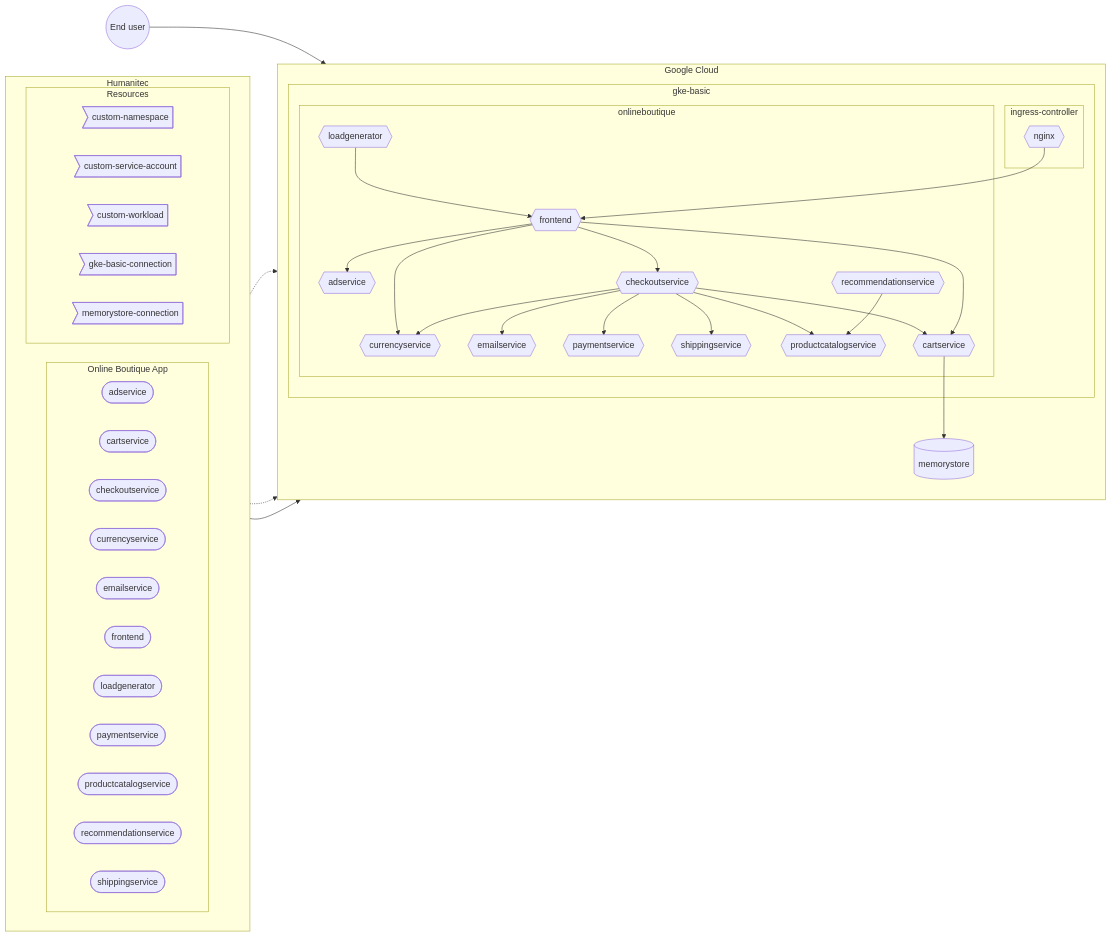
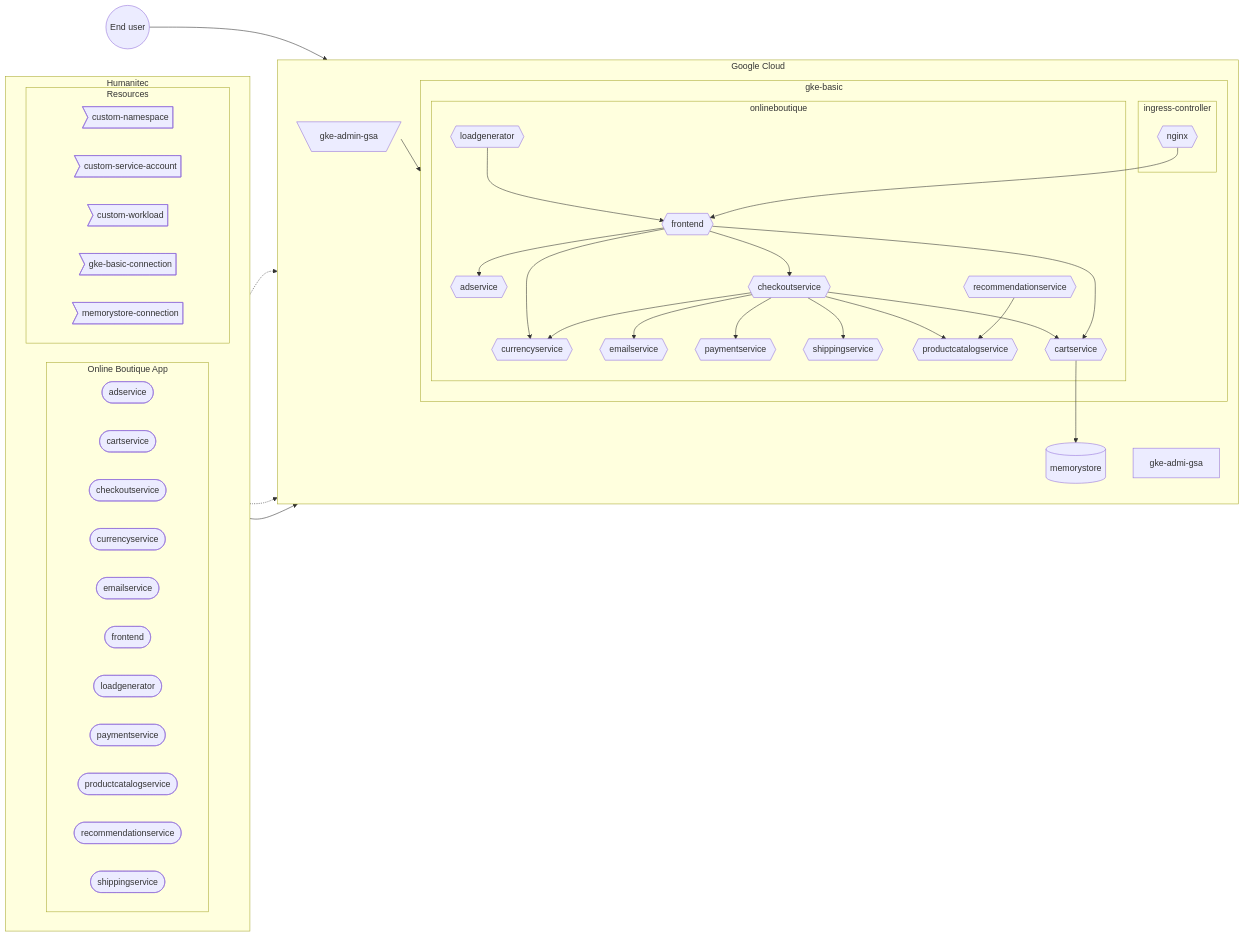
Before and after one commit to mathieu-benoit/hello-humanitec: the diagram in docs/gke-basic.md, drawn with Mermaid. The commit also changed 1 other file, not shown here.

Commit message:
gke-admin-gsa in graphs

````diff
--- a/docs/gke-basic.md
+++ b/docs/gke-basic.md
@@ -14,55 +14,57 @@
 ```mermaid
 flowchart LR
   subgraph Humanitec
     direction LR
     subgraph onlineboutique-app [Online Boutique App]
       direction LR
       adservice-workload([adservice])
       cartservice-workload([cartservice])
       checkoutservice-workload([checkoutservice])
       currencyservice-workload([currencyservice])
       emailservice-workload([emailservice])
       frontend-workload([frontend])
       loadgenerator-workload([loadgenerator])
       paymentservice-workload([paymentservice])
       productcatalogservice-workload([productcatalogservice])
       recommendationservice-workload([recommendationservice])
       shippingservice-workload([shippingservice])
     end
     subgraph Resources
         custom-namespace>custom-namespace]
         custom-service-account>custom-service-account]
         custom-workload>custom-workload]
         gke-basic-connection>gke-basic-connection]
         memorystore-connection>memorystore-connection]
     end
   end
   subgraph Google Cloud
     direction TB
     subgraph gke-basic
         subgraph ingress-controller
             nginx{{nginx}}
         end
         subgraph onlineboutique
             frontend{{frontend}}-->adservice{{adservice}}
             frontend-->checkoutservice{{checkoutservice}}
             frontend-->currencyservice{{currencyservice}}
             checkoutservice-->emailservice{{emailservice}}
             checkoutservice-->paymentservice{{paymentservice}}
             checkoutservice-->currencyservice
             checkoutservice-->shippingservice{{shippingservice}}
             checkoutservice-->productcatalogservice{{productcatalogservice}}
             checkoutservice-->cartservice{{cartservice}}
             frontend-->cartservice
             loadgenerator{{loadgenerator}}-->frontend
             recommendationservice{{recommendationservice}}-->productcatalogservice
         end
         nginx-->frontend
     end
-    gke-basic-connection-.->gke-basic
+    gke-admin-gsa[\gke-admin-gsa/]
+    gke-basic-connection-.->gke-admi-gsa
+    gke-admin-gsa-->gke-basic
     memorystore-connection-.->memorystore[(memorystore)]
     onlineboutique-app-->onlineboutique
     cartservice-->memorystore
   end
   enduser((End user))-->nginx
 ```
````
